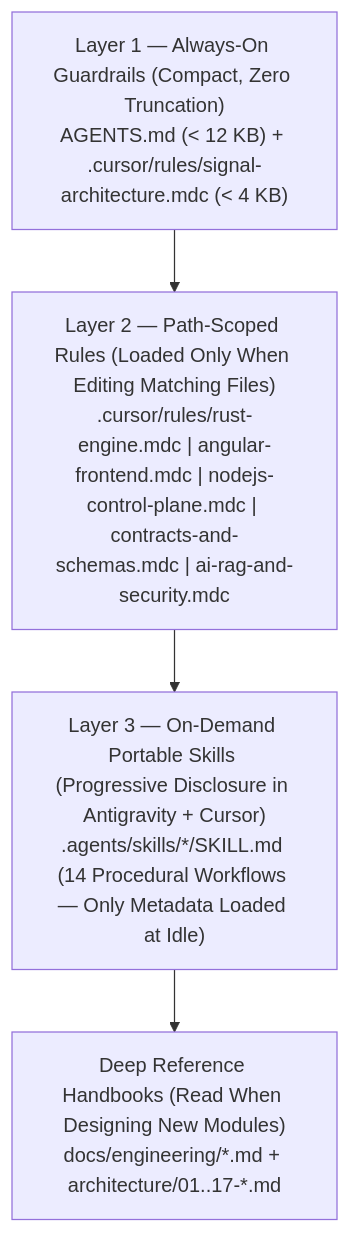
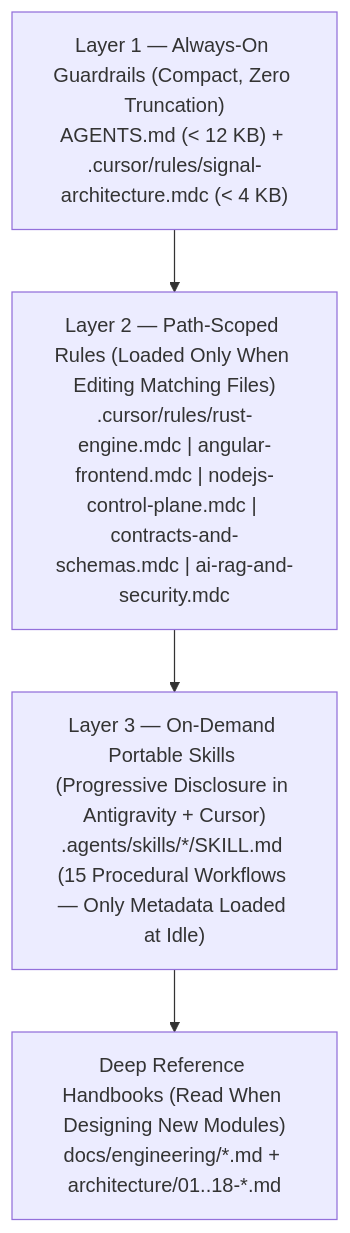
One commit to the-code-master/signal changed the diagram in docs/engineering/README.md. Above: the diagram before and after it, drawn with Mermaid. The commit also changed other lines of this file and 12 other files, not shown here.

Commit message:
docs: add Universal Component, Datasheet, Symbol, Padstack & 3D Asset Repository architecture (18) and 15th cross-IDE skill

````diff
--- a/docs/engineering/README.md
+++ b/docs/engineering/README.md
@@ -11,11 +11,11 @@
 ```mermaid
 flowchart TB
     L1["Layer 1 — Always-On Guardrails (Compact, Zero Truncation)\nAGENTS.md (< 12 KB) + .cursor/rules/signal-architecture.mdc (< 4 KB)"]
     L2["Layer 2 — Path-Scoped Rules (Loaded Only When Editing Matching Files)\n.cursor/rules/rust-engine.mdc | angular-frontend.mdc | nodejs-control-plane.mdc | contracts-and-schemas.mdc | ai-rag-and-security.mdc"]
-    L3["Layer 3 — On-Demand Portable Skills (Progressive Disclosure in Antigravity + Cursor)\n.agents/skills/*/SKILL.md (14 Procedural Workflows — Only Metadata Loaded at Idle)"]
-    Ref["Deep Reference Handbooks (Read When Designing New Modules)\ndocs/engineering/*.md + architecture/01..17-*.md"]
+    L3["Layer 3 — On-Demand Portable Skills (Progressive Disclosure in Antigravity + Cursor)\n.agents/skills/*/SKILL.md (15 Procedural Workflows — Only Metadata Loaded at Idle)"]
+    Ref["Deep Reference Handbooks (Read When Designing New Modules)\ndocs/engineering/*.md + architecture/01..18-*.md"]
 
     L1 --> L2
     L2 --> L3
     L3 --> Ref
 ```
````
